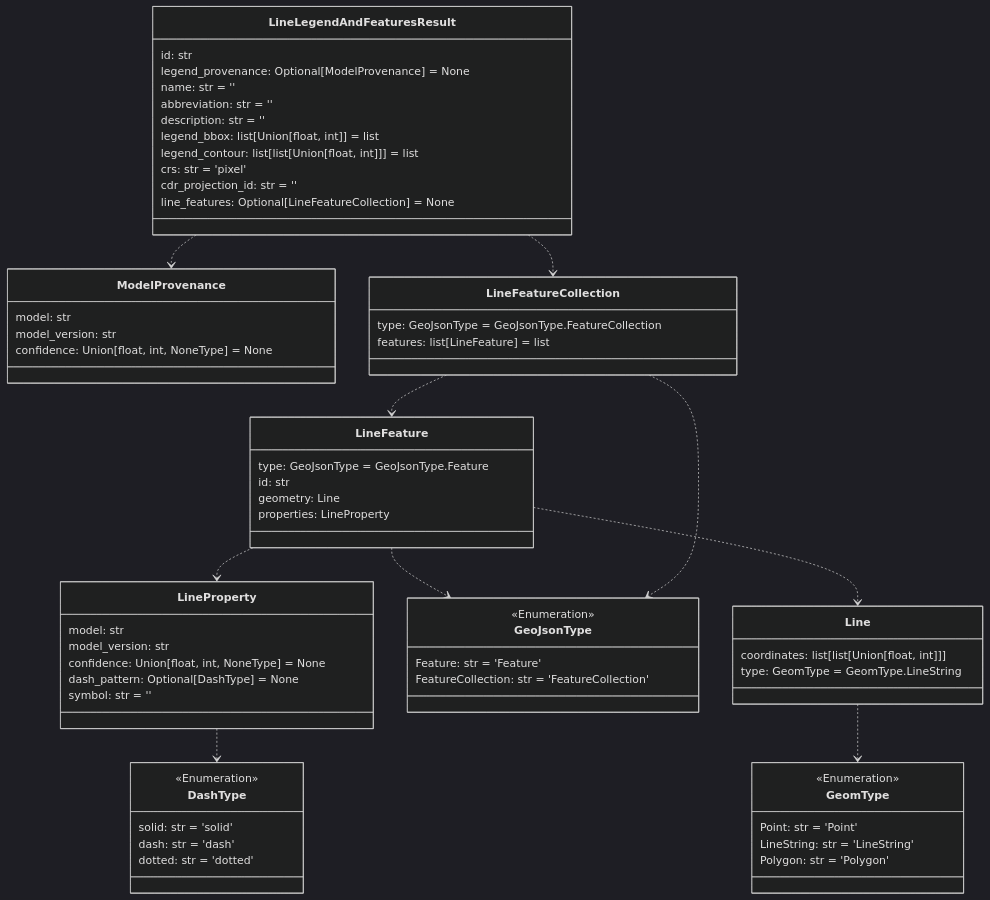
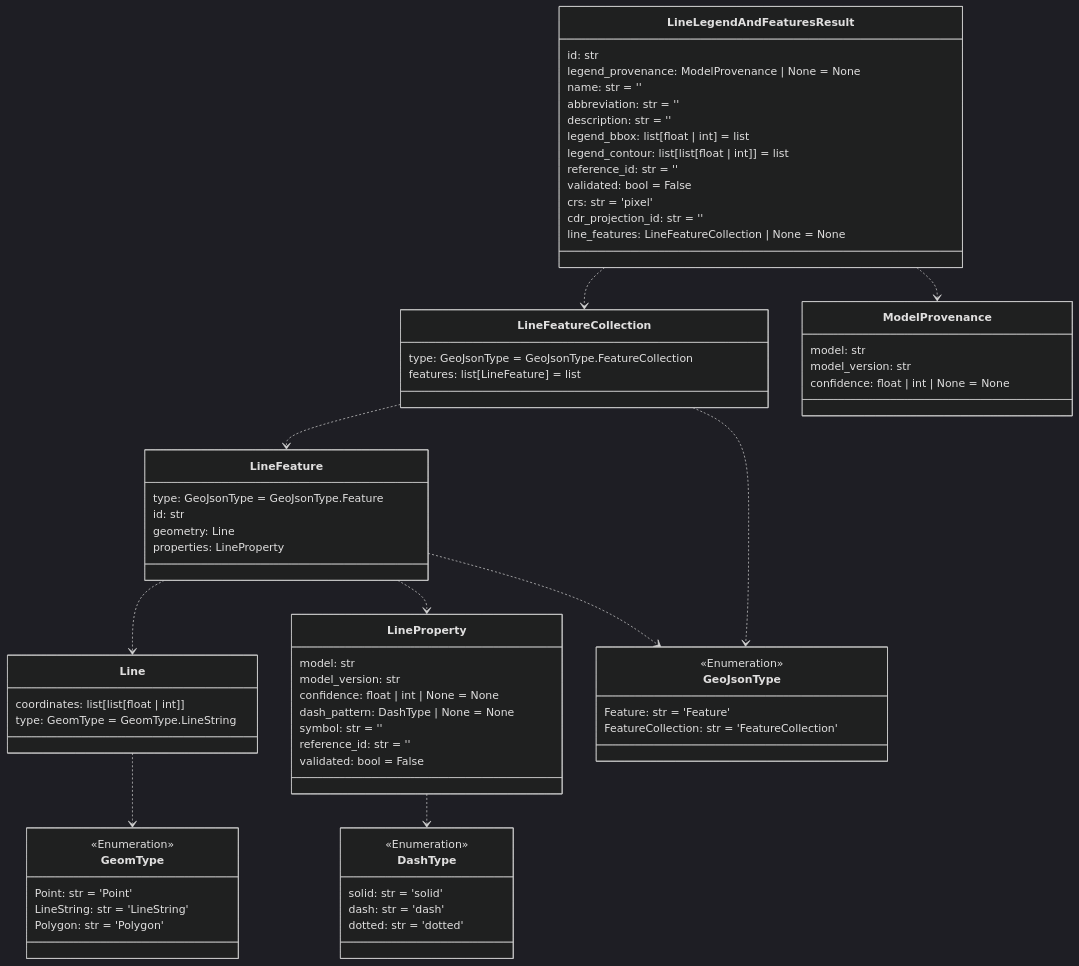
One commit to DARPA-CRITICALMAAS/cdr_schemas changed the sixth of 14 diagrams in README.md. Above: the diagram before and after it, drawn with Mermaid (dark theme). The commit also changed other lines of this file and 3 other files, not shown here.

First line of the commit message:
TA3 Schema Integration and Metadata Parsing (#36)

````diff
--- a/README.md
+++ b/README.md
@@ -433,79 +452,83 @@
 ```mermaid
 classDiagram
-
-    class LineProperty {
-        model: str
-        model_version: str
-        confidence: Union[float, int, NoneType] = None
-        dash_pattern: Optional[DashType] = None
-        symbol: str = ''
-    }
 
     class LineFeature {
         type: GeoJsonType = GeoJsonType.Feature
         id: str
         geometry: Line
         properties: LineProperty
     }
 
-    class GeoJsonType {
-        <<Enumeration>>
-        Feature: str = 'Feature'
-        FeatureCollection: str = 'FeatureCollection'
+    class Line {
+        coordinates: list[list[float | int]]
+        type: GeomType = GeomType.LineString
     }
 
     class GeomType {
         <<Enumeration>>
         Point: str = 'Point'
         LineString: str = 'LineString'
         Polygon: str = 'Polygon'
     }
 
-    class ModelProvenance {
-        model: str
-        model_version: str
-        confidence: Union[float, int, NoneType] = None
+    class DashType {
+        <<Enumeration>>
+        solid: str = 'solid'
+        dash: str = 'dash'
+        dotted: str = 'dotted'
+    }
+
+    class GeoJsonType {
+        <<Enumeration>>
+        Feature: str = 'Feature'
+        FeatureCollection: str = 'FeatureCollection'
     }
 
     class LineFeatureCollection {
         type: GeoJsonType = GeoJsonType.FeatureCollection
         features: list[LineFeature] = list
     }
 
     class LineLegendAndFeaturesResult {
         id: str
-        legend_provenance: Optional[ModelProvenance] = None
+        legend_provenance: ModelProvenance | None = None
         name: str = ''
         abbreviation: str = ''
         description: str = ''
-        legend_bbox: list[Union[float, int]] = list
-        legend_contour: list[list[Union[float, int]]] = list
+        legend_bbox: list[float | int] = list
+        legend_contour: list[list[float | int]] = list
+        reference_id: str = ''
+        validated: bool = False
         crs: str = 'pixel'
         cdr_projection_id: str = ''
-        line_features: Optional[LineFeatureCollection] = None
+        line_features: LineFeatureCollection | None = None
     }
 
-    class DashType {
-        <<Enumeration>>
-        solid: str = 'solid'
-        dash: str = 'dash'
-        dotted: str = 'dotted'
+    class ModelProvenance {
+        model: str
+        model_version: str
+        confidence: float | int | None = None
     }
 
-    class Line {
-        coordinates: list[list[Union[float, int]]]
-        type: GeomType = GeomType.LineString
+    class LineProperty {
+        model: str
+        model_version: str
+        confidence: float | int | None = None
+        dash_pattern: DashType | None = None
+        symbol: str = ''
+        reference_id: str = ''
+        validated: bool = False
     }
 
     Line ..> GeomType
     LineProperty ..> DashType
+    LineFeature ..> Line
     LineFeature ..> LineProperty
     LineFeature ..> GeoJsonType
-    LineFeature ..> Line
     LineFeatureCollection ..> LineFeature
     LineFeatureCollection ..> GeoJsonType
+    LineLegendAndFeaturesResult ..> LineFeatureCollection
     LineLegendAndFeaturesResult ..> ModelProvenance
-    LineLegendAndFeaturesResult ..> LineFeatureCollection
 
 
 ```
````
